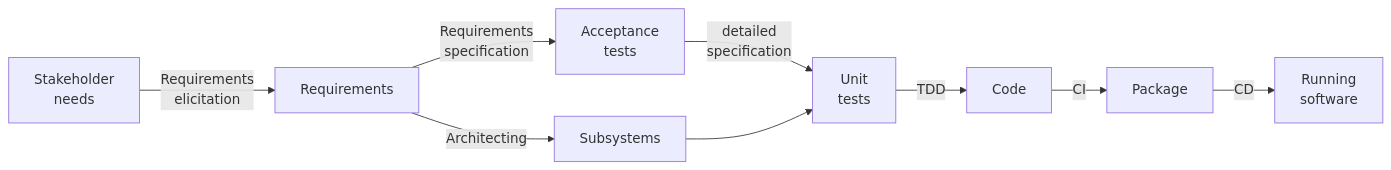
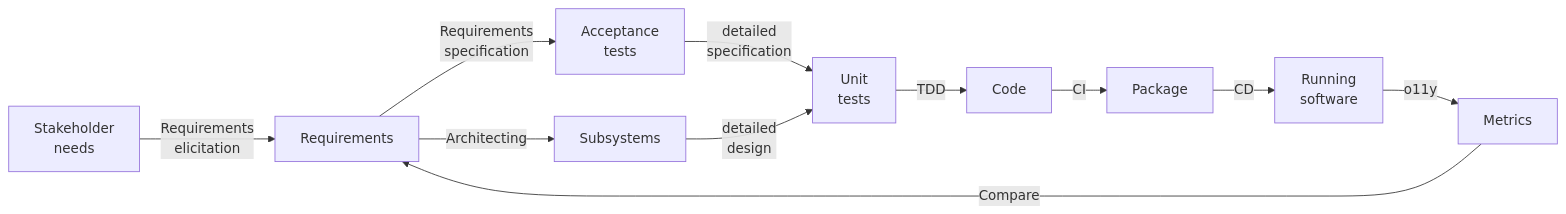
One commit to setms/book changed the diagram in docs/engineering-process/analysis.md. Above: the diagram before and after it, drawn with Mermaid. The commit also changed other lines of this file, not shown here.

````diff
--- a/docs/engineering-process/analysis.md
+++ b/docs/engineering-process/analysis.md
@@ -13,21 +6,24 @@
 ```mermaid
 flowchart LR
   N[Stakeholder\nneeds]
   R[Requirements]
   S[Subsystems]
   AT[Acceptance\ntests]
   UT[Unit\ntests]
   C[Code]
   P[Package]
   E[Running\nsoftware]
+  M[Metrics]
 
   UT --TDD--> C
   C --CI--> P
   P --CD--> E
+  E -- o11y --> M
+  M --Compare--> R
 
   N --Requirements\nelicitation-->
   R --Architecting--> S
   R --Requirements\nspecification--> AT
   AT --detailed\nspecification--> UT
-  S --> UT
+  S --detailed\ndesign--> UT
 ```
````
